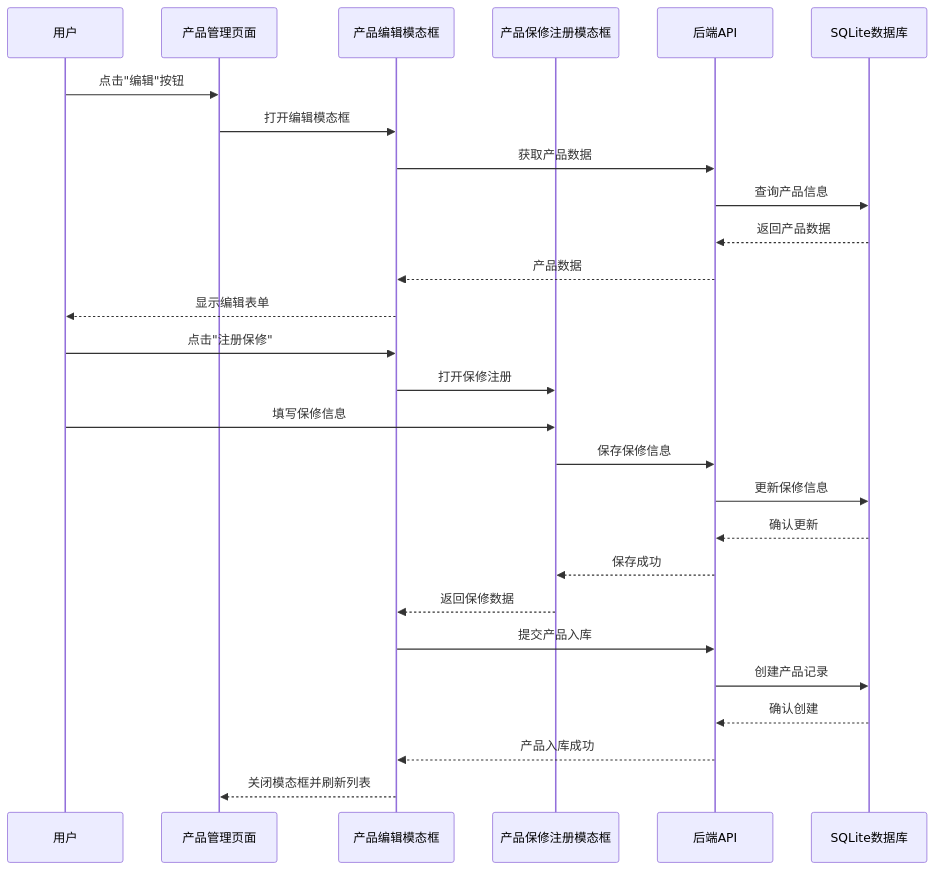
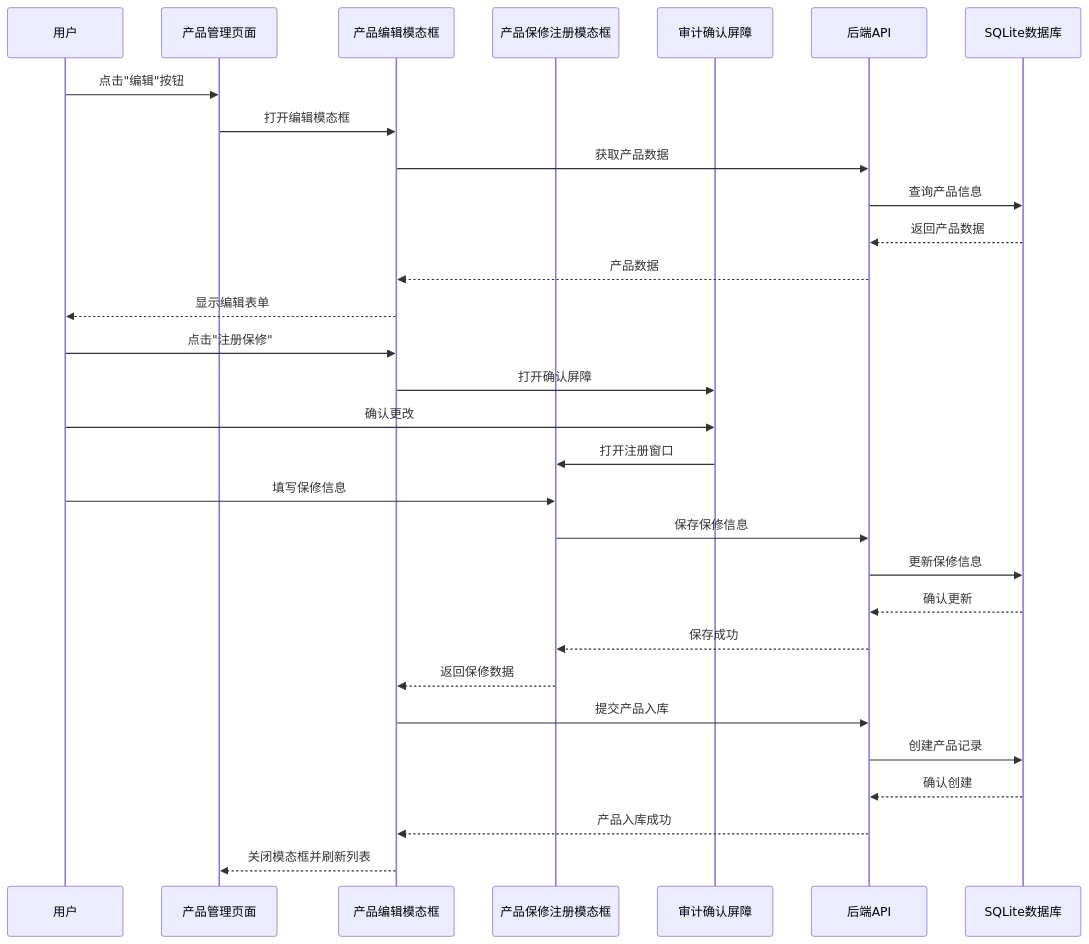
Before and after one commit to CubeEdge/Longhorn: the fourth of 19 diagrams in .qoder/repowiki/zh/content/前端组件架构/产品详情页面组件/产品编辑模态框.md, drawn with Mermaid. The commit also changed other lines of this file and 118 other files, not shown here.

````diff
--- a/.qoder/repowiki/zh/content/前端组件架构/产品详情页面组件/产品编辑模态框.md
+++ b/.qoder/repowiki/zh/content/前端组件架构/产品详情页面组件/产品编辑模态框.md
@@ -218,29 +239,32 @@
 ```mermaid
 sequenceDiagram
 participant 用户 as 用户
 participant 页面 as 产品管理页面
 participant 模态框 as 产品编辑模态框
 participant 保修模态框 as 产品保修注册模态框
+participant 审计屏障 as 审计确认屏障
 participant API as 后端API
 participant 数据库 as SQLite数据库
 用户->>页面 : 点击"编辑"按钮
 页面->>模态框 : 打开编辑模态框
 模态框->>API : 获取产品数据
 API->>数据库 : 查询产品信息
 数据库-->>API : 返回产品数据
 API-->>模态框 : 产品数据
 模态框-->>用户 : 显示编辑表单
 用户->>模态框 : 点击"注册保修"
-模态框->>保修模态框 : 打开保修注册
+模态框->>审计屏障 : 打开确认屏障
+用户->>审计屏障 : 确认更改
+审计屏障->>保修模态框 : 打开注册窗口
 用户->>保修模态框 : 填写保修信息
 保修模态框->>API : 保存保修信息
 API->>数据库 : 更新保修信息
 数据库-->>API : 确认更新
 API-->>保修模态框 : 保存成功
 保修模态框-->>模态框 : 返回保修数据
 模态框->>API : 提交产品入库
 API->>数据库 : 创建产品记录
 数据库-->>API : 确认创建
 API-->>模态框 : 产品入库成功
 模态框-->>页面 : 关闭模态框并刷新列表
 ```
````
